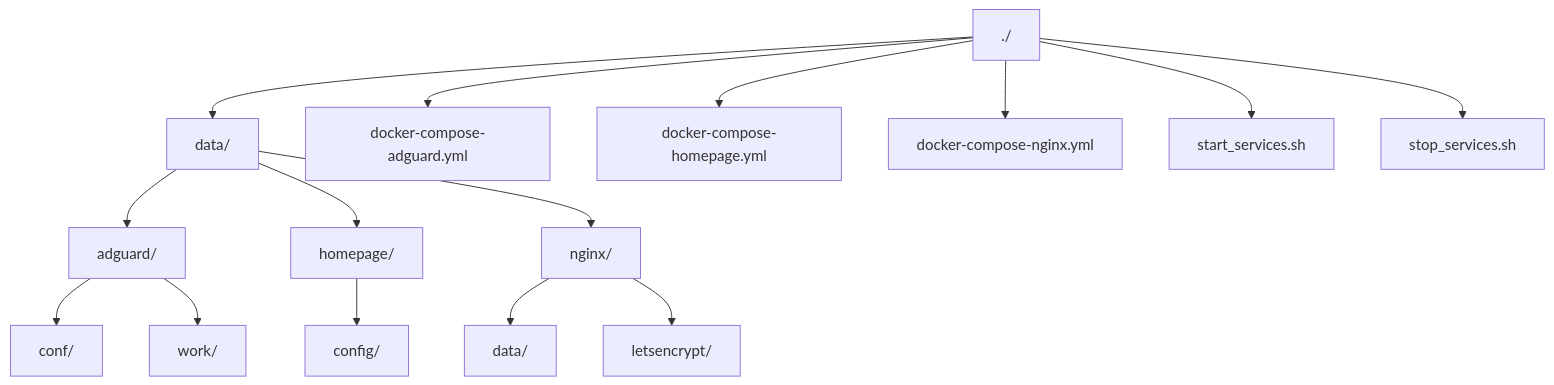
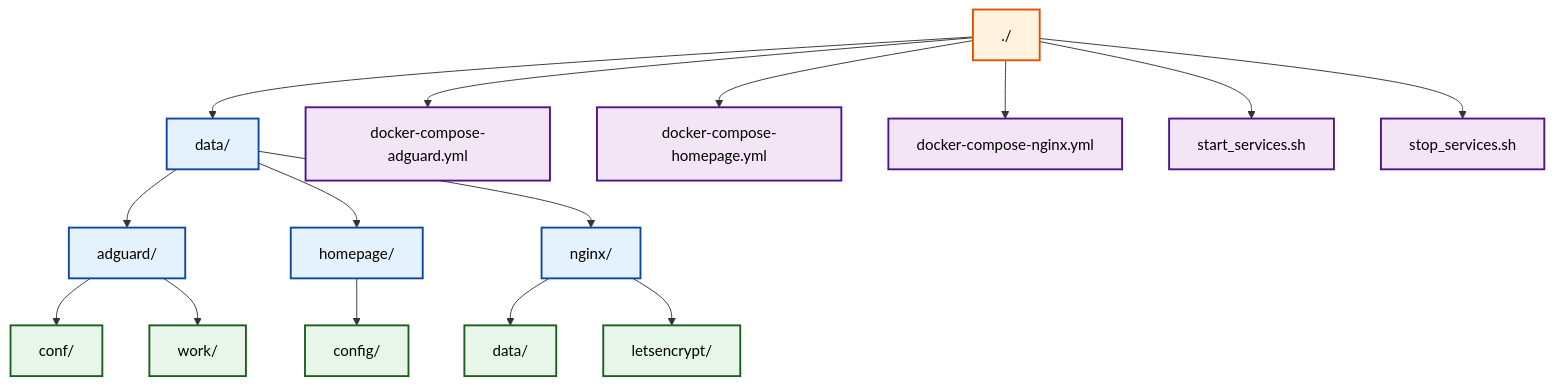
One commit to CorMazz/cormazz.github.io changed the second of 2 diagrams in _posts/2024-11-23-homelab-mvp.md. Above: the diagram before and after it, drawn with Mermaid. The commit also changed other lines of this file and 1 other file, not shown here.

````diff
--- a/_posts/2024-11-23-homelab-mvp.md
+++ b/_posts/2024-11-23-homelab-mvp.md
@@ -168,39 +173,51 @@
 ```mermaid
 flowchart TD
+    %% Define styles
+    classDef root fill:#fff3e0,stroke:#e65100,stroke-width:2px,color:#000000
+    classDef mainDir fill:#e3f2fd,stroke:#0d47a1,stroke-width:2px,color:#000000
+    classDef subDir fill:#e8f5e9,stroke:#1b5e20,stroke-width:2px,color:#000000
+    classDef file fill:#f3e5f5,stroke:#4a148c,stroke-width:2px,color:#000000
+
     root["./"]
     data["data/"]
     adguard["adguard/"]
     adguard_conf["conf/"]
     adguard_work["work/"]
     
     homepage["homepage/"]
     homepage_config["config/"]
     
     nginx["nginx/"]
     nginx_data["data/"]
     nginx_ssl["letsencrypt/"]
     
     compose1["docker-compose-adguard.yml"]
     compose2["docker-compose-homepage.yml"]
     compose3["docker-compose-nginx.yml"]
     start["start_services.sh"]
     stop["stop_services.sh"]
 
     root --> data
     root --> compose1
     root --> compose2
     root --> compose3
     root --> start
     root --> stop
     
     data --> adguard
     adguard --> adguard_conf
     adguard --> adguard_work
     
     data --> homepage
     homepage --> homepage_config
     
     data --> nginx
     nginx --> nginx_data
     nginx --> nginx_ssl
+
+    %% Apply styles
+    class root root
+    class data,adguard,homepage,nginx mainDir
+    class adguard_conf,adguard_work,homepage_config,nginx_data,nginx_ssl subDir
+    class compose1,compose2,compose3,start,stop file
 ```
````
